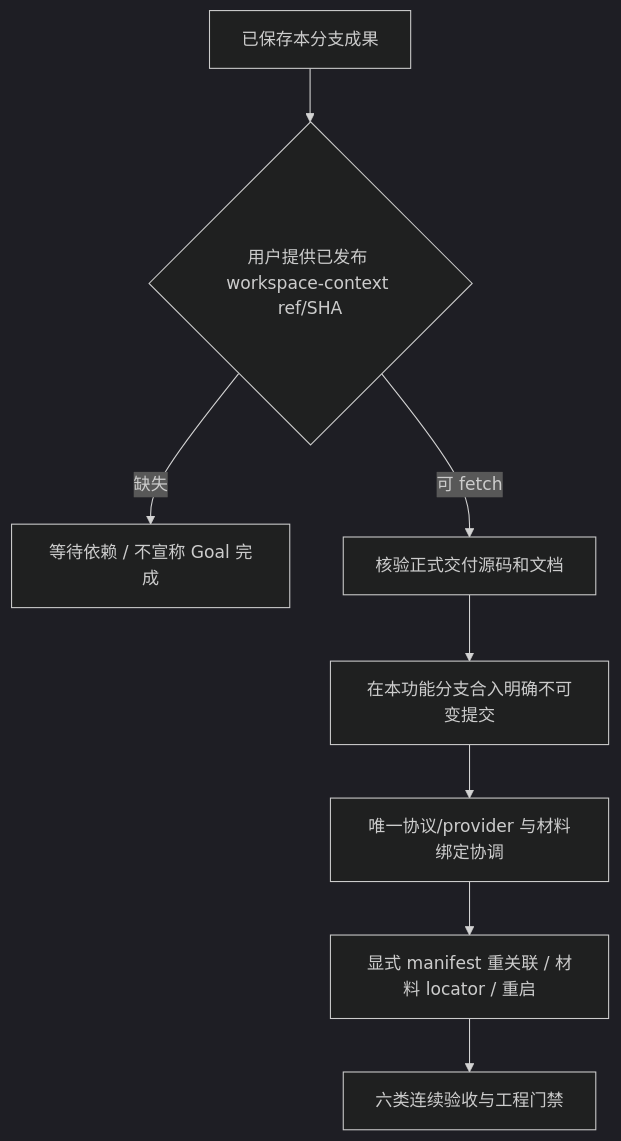
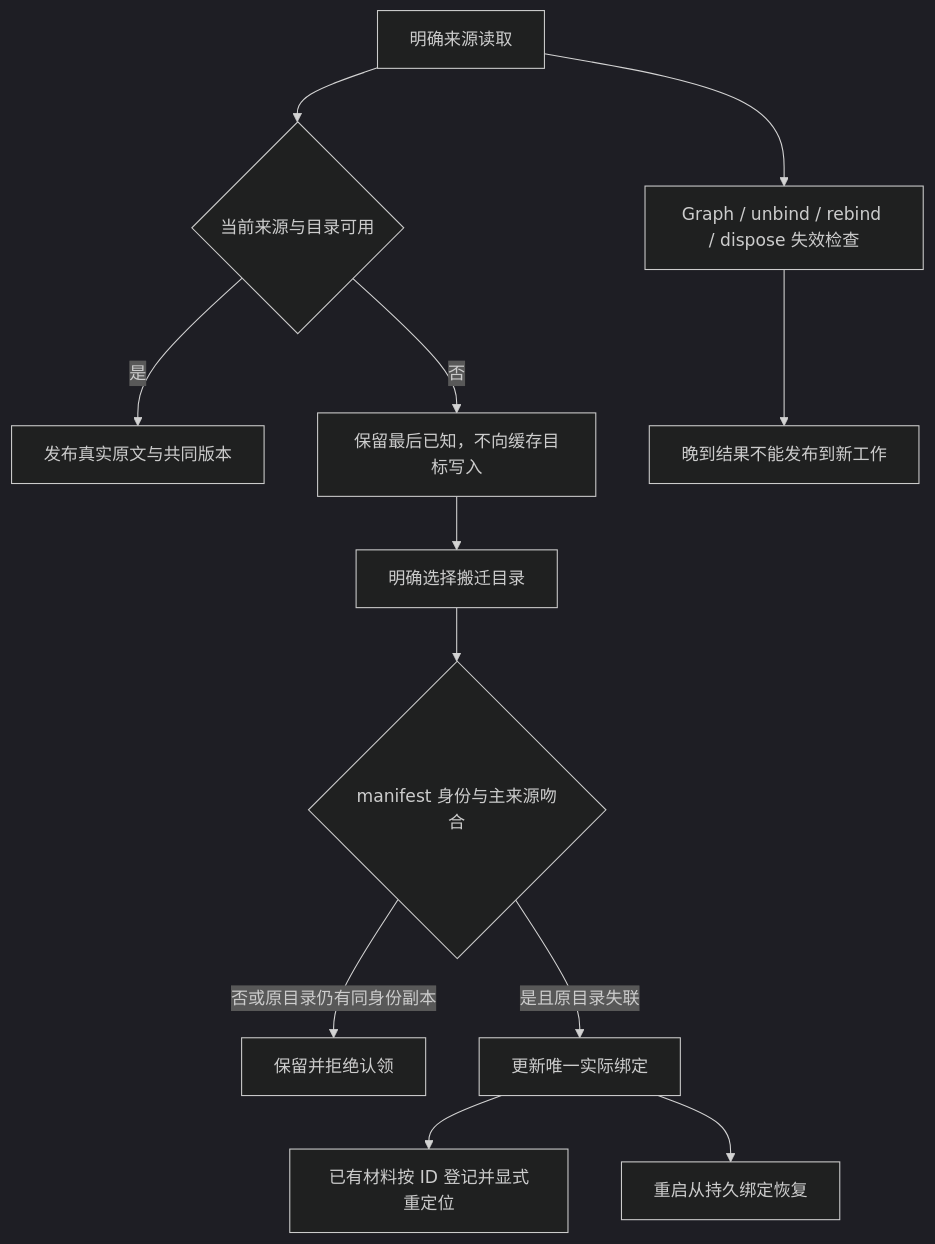
The diagram in docs/implementation/workspace-integration-handoff.md (wrd233/logseq-task-manager), drawn with Mermaid (dark theme) before and after one commit. The commit also changed other lines of this file and 2 other files, not shown here.

Commit message:
docs(workspace): document integrated source and verified relocation loop

````diff
--- a/docs/implementation/workspace-integration-handoff.md
+++ b/docs/implementation/workspace-integration-handoff.md
@@ -67,10 +65,14 @@
 ```mermaid
 flowchart TD
-  Current[已保存本分支成果] --> Published{用户提供已发布 workspace-context ref/SHA}
-  Published -->|缺失| Waiting[等待依赖 / 不宣称 Goal 完成]
-  Published -->|可 fetch| Inspect[核验正式交付源码和文档]
-  Inspect --> Merge[在本功能分支合入明确不可变提交]
-  Merge --> Wire[唯一协议/provider 与材料绑定协调]
-  Wire --> Recovery[显式 manifest 重关联 / 材料 locator / 重启]
-  Recovery --> Acceptance[六类连续验收与工程门禁]
+  Read[明确来源读取] --> Available{当前来源与目录可用}
+  Available -->|是| Checked[发布真实原文与共同版本]
+  Available -->|否| LastKnown[保留最后已知，不向缓存目标写入]
+  LastKnown --> Choose[明确选择搬迁目录]
+  Choose --> Identity{manifest 身份与主来源吻合}
+  Identity -->|否或原目录仍有同身份副本| Reject[保留并拒绝认领]
+  Identity -->|是且原目录失联| Bind[更新唯一实际绑定]
+  Bind --> Material[已有材料按 ID 登记并显式重定位]
+  Bind --> Restart[重启从持久绑定恢复]
+  Read --> Epoch[Graph / unbind / rebind / dispose 失效检查]
+  Epoch --> Stale[晚到结果不能发布到新工作]
 ```
````
